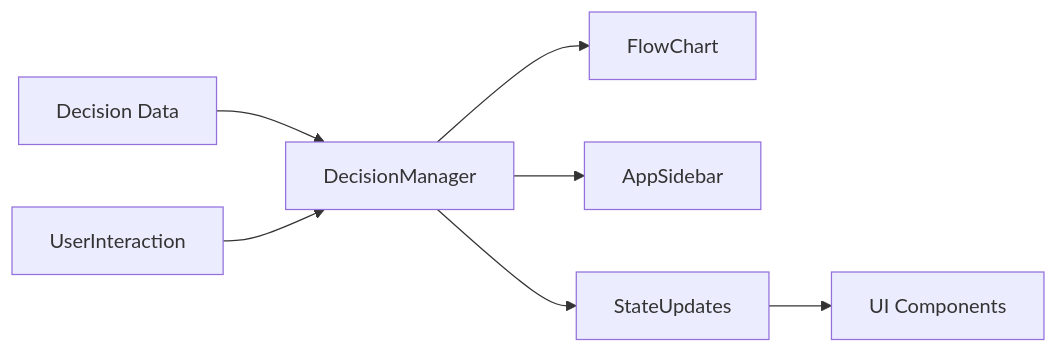
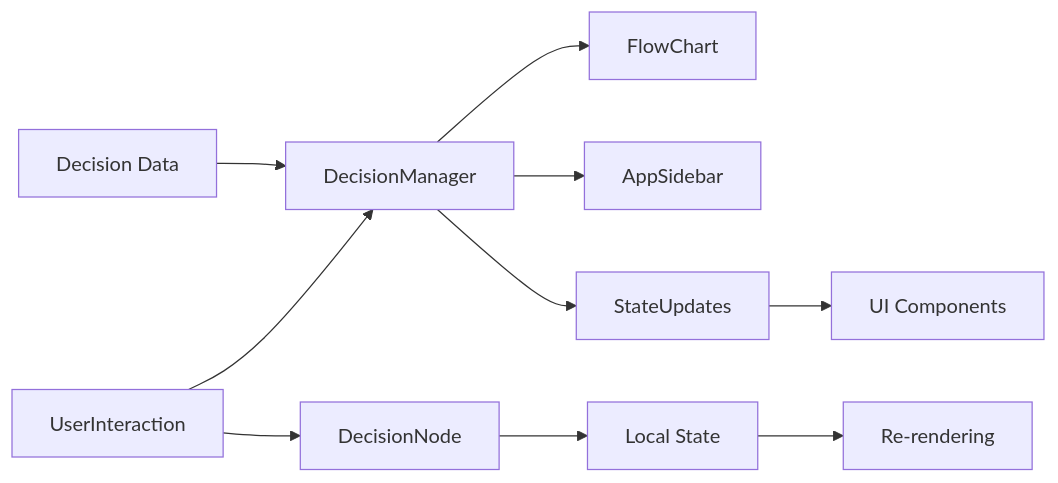
The second of 3 diagrams in memory-bank/systemPatterns.md (kiliantyler/BG3-Decision-Tree), drawn with Mermaid before and after one commit. The commit also changed other lines of this file and 6 other files, not shown here.

````diff
--- a/memory-bank/systemPatterns.md
+++ b/memory-bank/systemPatterns.md
@@ -26,9 +31,12 @@
 ```mermaid
 graph LR
     DecisionData[Decision Data] --> DecisionManager
     DecisionManager --> FlowChart
     DecisionManager --> AppSidebar
     UserInteraction --> DecisionManager
     DecisionManager --> StateUpdates
     StateUpdates --> UI[UI Components]
+    UserInteraction --> DecisionNode
+    DecisionNode --> LocalState[Local State]
+    LocalState --> RenderUpdate[Re-rendering]
 ```
````
